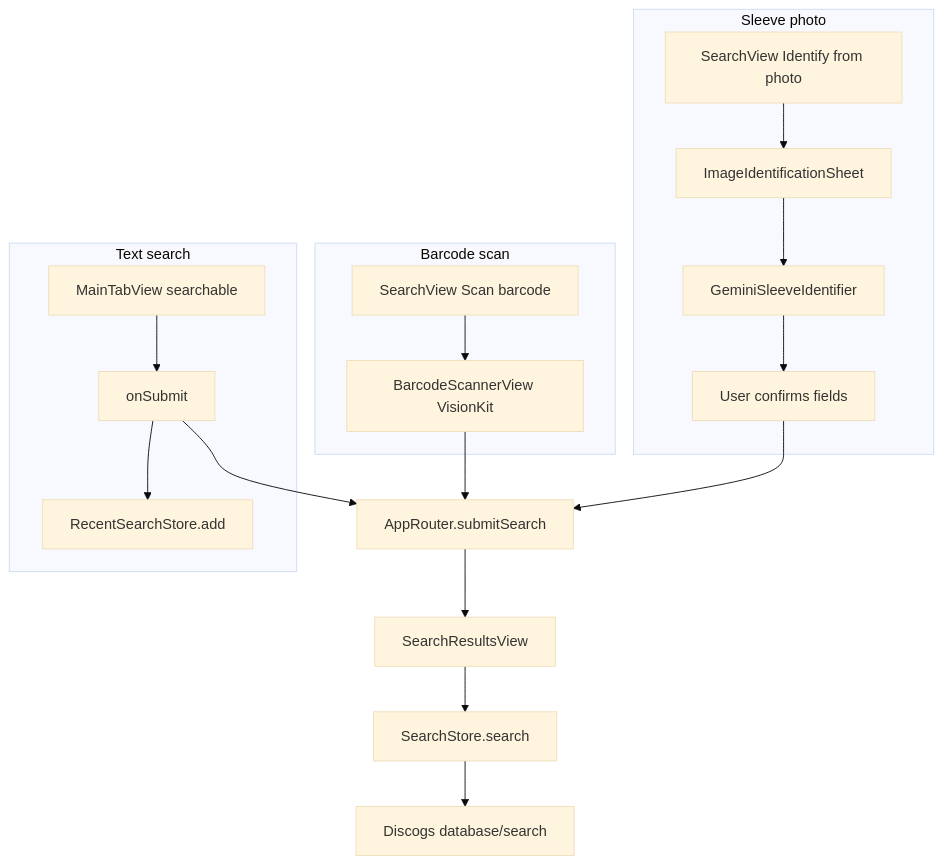
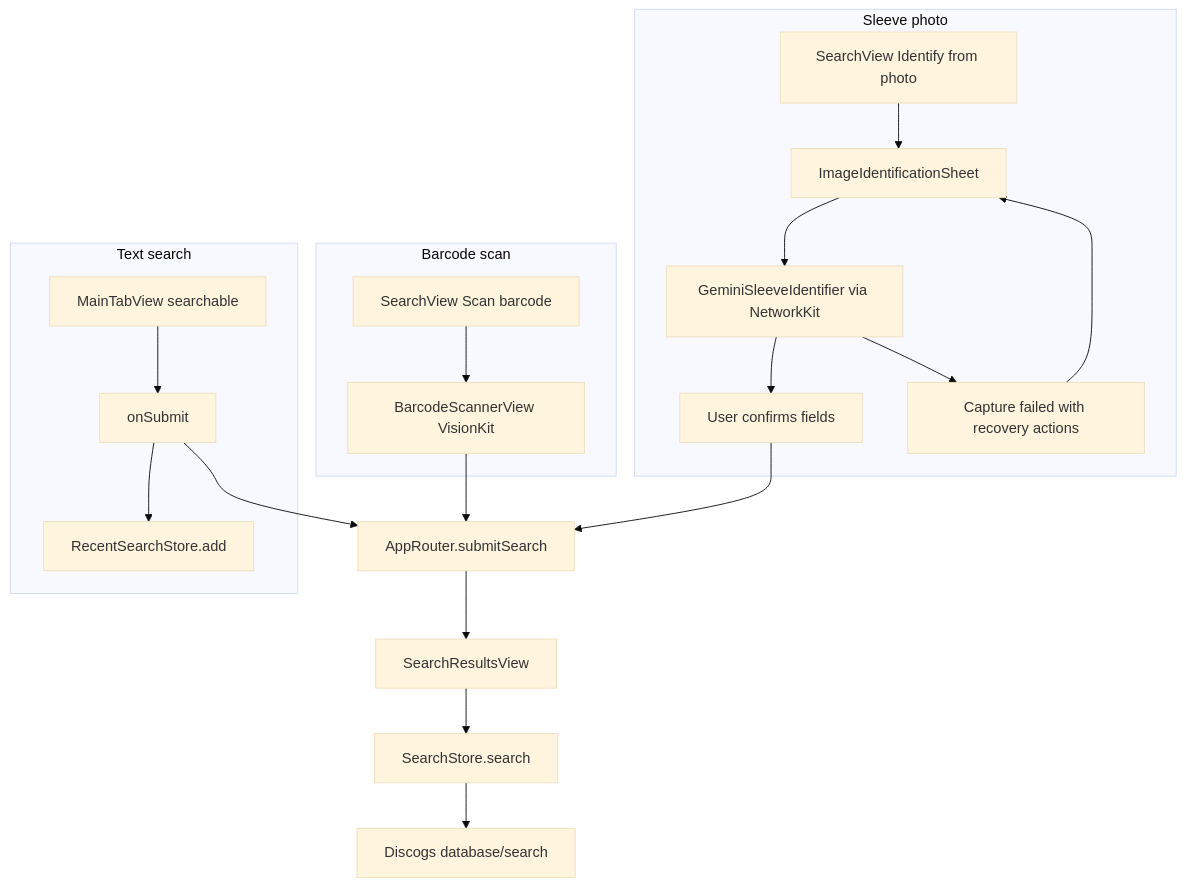
Before and after one commit to DamienThomp/discoscan-app: the diagram in docs/release-search.md, drawn with Mermaid (base theme). The commit also changed other lines of this file and 1 other file, not shown here.

````diff
--- a/docs/release-search.md
+++ b/docs/release-search.md
@@ -7,35 +7,39 @@
 ```mermaid
 flowchart TB
     subgraph textPath [Text search]
         tabField[MainTabView searchable]
         submit[onSubmit]
         recents[RecentSearchStore.add]
         tabField --> submit --> recents
     end
 
     subgraph barcodePath [Barcode scan]
         scanBtn[SearchView Scan barcode]
         scanner[BarcodeScannerView VisionKit]
         scanBtn --> scanner
     end
 
     subgraph photoPath [Sleeve photo]
         photoBtn[SearchView Identify from photo]
         sheet[ImageIdentificationSheet]
-        gemini[GeminiSleeveIdentifier]
+        gemini[GeminiSleeveIdentifier via NetworkKit]
         confirm[User confirms fields]
-        photoBtn --> sheet --> gemini --> confirm
+        failed[Capture failed with recovery actions]
+        photoBtn --> sheet --> gemini
+        gemini --> confirm
+        gemini --> failed
+        failed --> sheet
     end
 
     router[AppRouter.submitSearch]
     results[SearchResultsView]
     store[SearchStore.search]
     discogs[Discogs database/search]
 
     submit --> router
     scanner --> router
     confirm --> router
     router --> results
     results --> store
     store --> discogs
 ```
````
